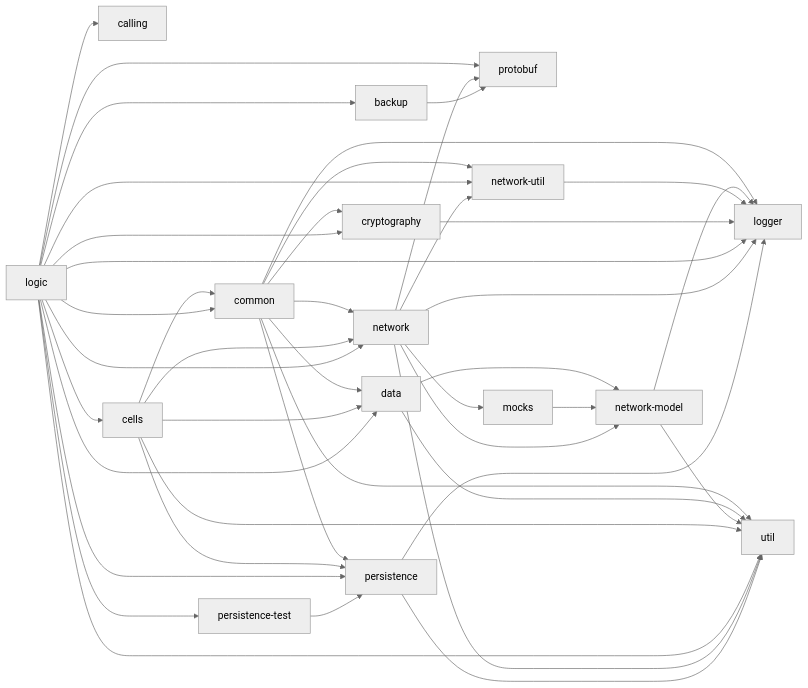
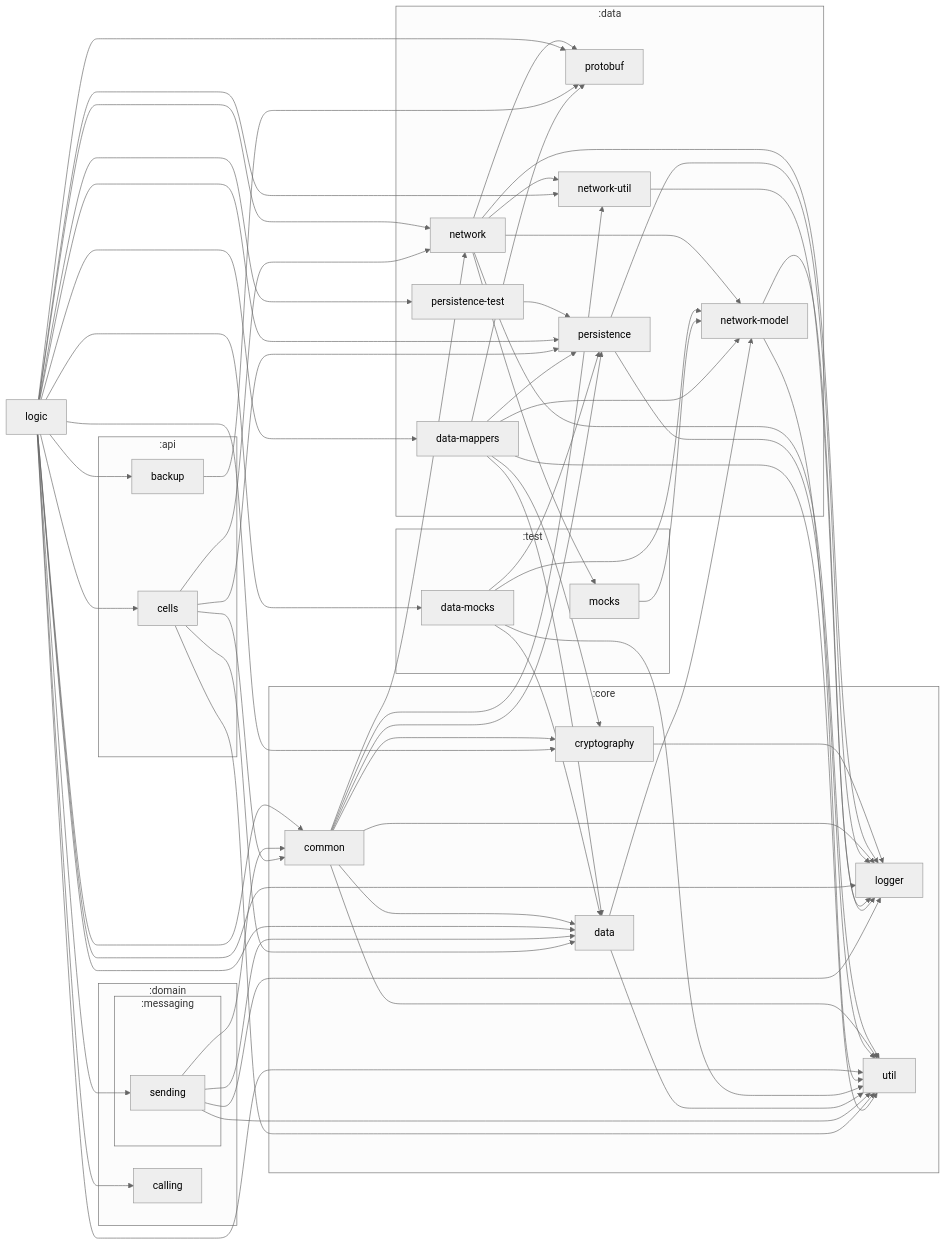
The diagram in README.md (wireapp/kalium), drawn with Mermaid before and after one commit.

Commit message:
refactor: dependency graph updated

````diff
--- a/README.md
+++ b/README.md
@@ -134,83 +134,118 @@
 }%%
 
 graph LR
-  :persistence["persistence"]
-  :logger["logger"]
-  :util["util"]
-  :backup["backup"]
-  :protobuf["protobuf"]
-  :persistence-test["persistence-test"]
-  :persistence["persistence"]
-  :network["network"]
-  :network-model["network-model"]
-  :network-util["network-util"]
-  :mocks["mocks"]
   :logic["logic"]
-  :common["common"]
-  :data["data"]
-  :network-util["network-util"]
-  :logger["logger"]
-  :calling["calling"]
-  :network["network"]
-  :cryptography["cryptography"]
-  :persistence["persistence"]
-  :protobuf["protobuf"]
-  :util["util"]
-  :cells["cells"]
-  :backup["backup"]
-  :persistence-test["persistence-test"]
-  :cryptography["cryptography"]
-  :mocks["mocks"]
-  :network-util["network-util"]
-  :cells["cells"]
-  :common["common"]
-  :network["network"]
-  :data["data"]
-  :network-model["network-model"]
-  :data["data"]
-  :common["common"]
-  :cryptography["cryptography"]
+  subgraph :core
+    :core:cryptography["cryptography"]
+    :core:logger["logger"]
+    :core:util["util"]
+    :core:common["common"]
+    :core:data["data"]
+    :core:cryptography["cryptography"]
+    :core:common["common"]
+    :core:data["data"]
+    :core:logger["logger"]
+    :core:cryptography["cryptography"]
+    :core:util["util"]
+    :core:data["data"]
+    :core:common["common"]
+  end
+  subgraph :data
+    :data:network["network"]
+    :data:network-model["network-model"]
+    :data:protobuf["protobuf"]
+    :data:network-util["network-util"]
+    :data:persistence["persistence"]
+    :data:network["network"]
+    :data:persistence["persistence"]
+    :data:persistence-test["persistence-test"]
+    :data:network-util["network-util"]
+    :data:network["network"]
+    :data:data-mappers["data-mappers"]
+    :data:persistence["persistence"]
+    :data:protobuf["protobuf"]
+    :data:persistence-test["persistence-test"]
+    :data:network-model["network-model"]
+    :data:network-util["network-util"]
+    :data:data-mappers["data-mappers"]
+  end
+  subgraph :test
+    :test:mocks["mocks"]
+    :test:data-mocks["data-mocks"]
+    :test:data-mocks["data-mocks"]
+    :test:mocks["mocks"]
+  end
+  subgraph :domain
+    :domain:calling["calling"]
+    subgraph :messaging
+      :domain:messaging:sending["sending"]
+      :domain:messaging:sending["sending"]
+    end
+  end
+  subgraph :api
+    :api:cells["cells"]
+    :api:backup["backup"]
+    :api:backup["backup"]
+    :api:cells["cells"]
+  end
 
-  :persistence --> :logger
-  :persistence --> :util
-  :backup --> :protobuf
-  :persistence-test --> :persistence
-  :network --> :network-model
-  :network --> :logger
-  :network --> :protobuf
-  :network --> :util
-  :network --> :network-util
-  :network --> :mocks
-  :logic --> :common
-  :logic --> :data
-  :logic --> :network-util
-  :logic --> :logger
-  :logic --> :calling
-  :logic --> :network
-  :logic --> :cryptography
-  :logic --> :persistence
-  :logic --> :protobuf
-  :logic --> :util
-  :logic --> :cells
-  :logic --> :backup
-  :logic --> :persistence-test
-  :cryptography --> :logger
-  :mocks --> :network-model
-  :network-util --> :logger
-  :cells --> :common
-  :cells --> :network
-  :cells --> :data
-  :cells --> :util
-  :cells --> :persistence
-  :network-model --> :logger
-  :network-model --> :util
-  :data --> :network-model
-  :data --> :util
-  :common --> :data
-  :common --> :logger
-  :common --> :util
-  :common --> :persistence
-  :common --> :network
-  :common --> :network-util
-  :common --> :cryptography
+  :core:cryptography --> :core:logger
+  :data:network --> :data:network-model
+  :data:network --> :core:logger
+  :data:network --> :data:protobuf
+  :data:network --> :core:util
+  :data:network --> :data:network-util
+  :data:network --> :test:mocks
+  :core:common --> :core:data
+  :core:common --> :core:logger
+  :core:common --> :core:util
+  :core:common --> :data:persistence
+  :core:common --> :data:network
+  :core:common --> :data:network-util
+  :core:common --> :core:cryptography
+  :data:persistence --> :core:logger
+  :data:persistence --> :core:util
+  :data:persistence-test --> :data:persistence
+  :logic --> :core:common
+  :logic --> :core:data
+  :logic --> :data:network-util
+  :logic --> :core:logger
+  :logic --> :domain:calling
+  :logic --> :data:network
+  :logic --> :data:data-mappers
+  :logic --> :core:cryptography
+  :logic --> :data:persistence
+  :logic --> :data:protobuf
+  :logic --> :core:util
+  :logic --> :api:cells
+  :logic --> :api:backup
+  :logic --> :domain:messaging:sending
+  :logic --> :data:persistence-test
+  :logic --> :test:data-mocks
+  :data:network-model --> :core:logger
+  :data:network-model --> :core:util
+  :test:data-mocks --> :core:data
+  :test:data-mocks --> :data:persistence
+  :test:data-mocks --> :data:network-model
+  :test:data-mocks --> :core:util
+  :api:backup --> :data:protobuf
+  :data:network-util --> :core:logger
+  :core:data --> :data:network-model
+  :core:data --> :core:util
+  :test:mocks --> :data:network-model
+  :domain:messaging:sending --> :core:common
+  :domain:messaging:sending --> :core:data
+  :domain:messaging:sending --> :core:logger
+  :domain:messaging:sending --> :core:util
+  :api:cells --> :core:common
+  :api:cells --> :data:network
+  :api:cells --> :core:data
+  :api:cells --> :core:util
+  :api:cells --> :data:persistence
+  :data:data-mappers --> :core:data
+  :data:data-mappers --> :data:protobuf
+  :data:data-mappers --> :data:persistence
+  :data:data-mappers --> :core:cryptography
+  :data:data-mappers --> :data:network-model
+  :data:data-mappers --> :core:util
 ```
````
